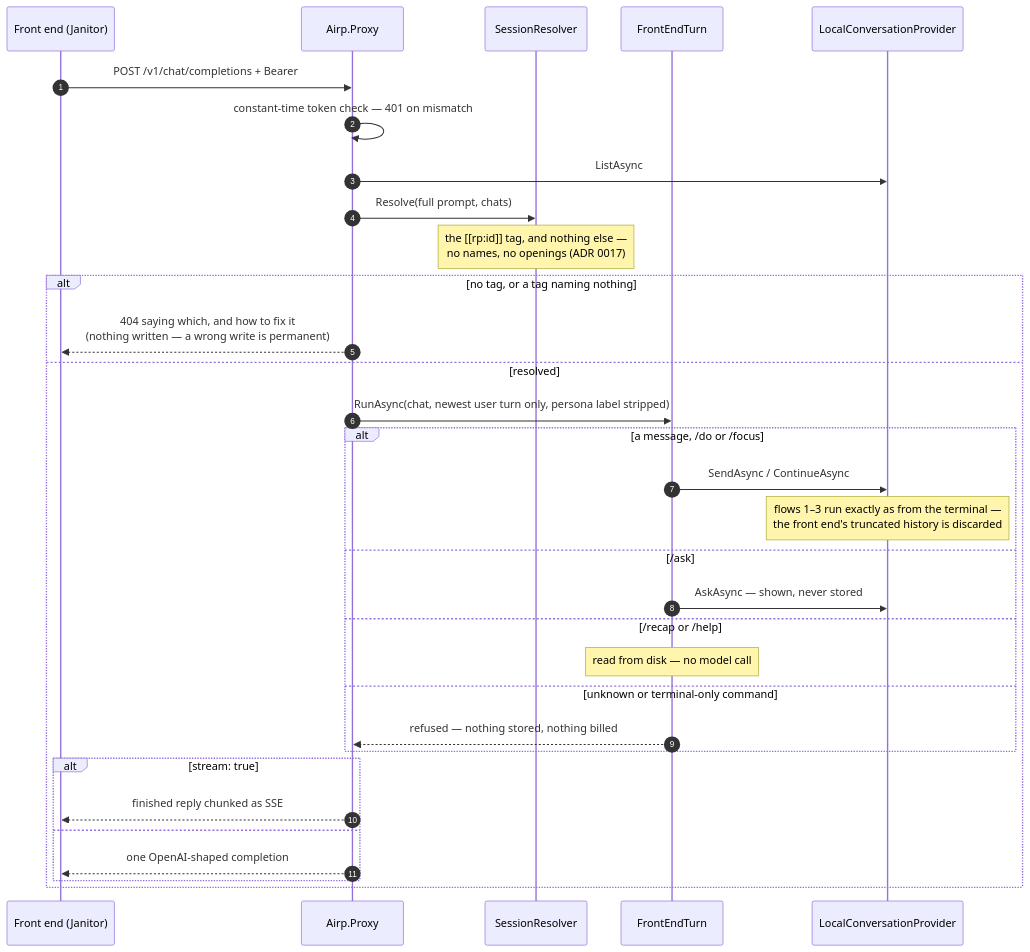
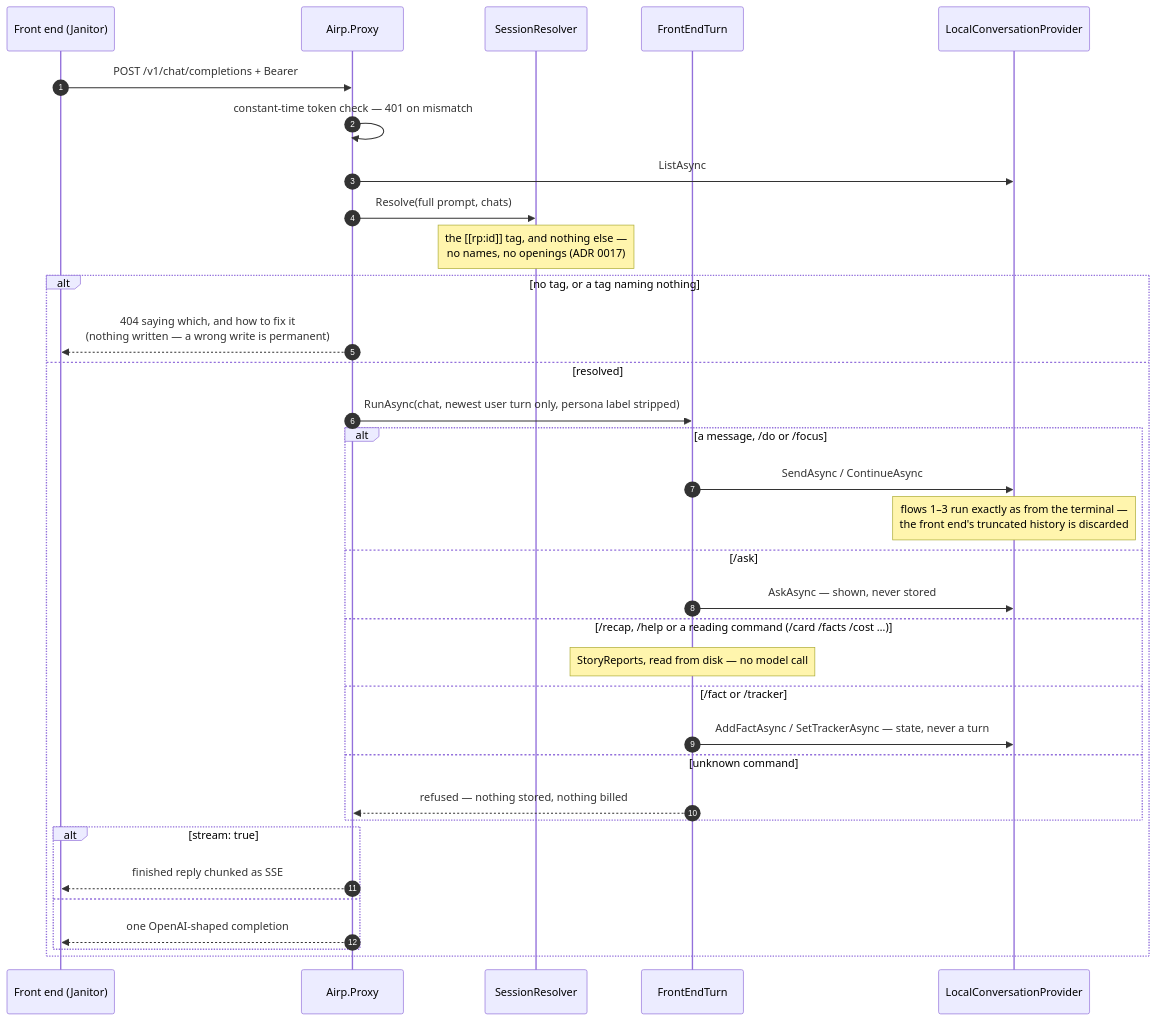
Before and after one commit to argamboad/custom-airp: the seventh of 10 diagrams in docs/FLOWS.md, drawn with Mermaid. The commit also changed other lines of this file and 4 other files, not shown here.

````diff
--- a/docs/FLOWS.md
+++ b/docs/FLOWS.md
@@ -227,35 +227,37 @@
 ```mermaid
 sequenceDiagram
     autonumber
     participant J as Front end (Janitor)
     participant PX as Airp.Proxy
     participant SR as SessionResolver
     participant FT as FrontEndTurn
     participant P as LocalConversationProvider
 
     J->>PX: POST /v1/chat/completions + Bearer
     PX->>PX: constant-time token check — 401 on mismatch
     PX->>P: ListAsync
     PX->>SR: Resolve(full prompt, chats)
     Note over SR: the [[rp:id]] tag, and nothing else —<br/>no names, no openings (ADR 0017)
     alt no tag, or a tag naming nothing
         PX-->>J: 404 saying which, and how to fix it<br/>(nothing written — a wrong write is permanent)
     else resolved
         PX->>FT: RunAsync(chat, newest user turn only, persona label stripped)
         alt a message, /do or /focus
             FT->>P: SendAsync / ContinueAsync
             Note over P: flows 1–3 run exactly as from the terminal —<br/>the front end's truncated history is discarded
         else /ask
             FT->>P: AskAsync — shown, never stored
-        else /recap or /help
-            Note over FT: read from disk — no model call
-        else unknown or terminal-only command
+        else /recap, /help or a reading command (/card /facts /cost …)
+            Note over FT: StoryReports, read from disk — no model call
+        else /fact or /tracker
+            FT->>P: AddFactAsync / SetTrackerAsync — state, never a turn
+        else unknown command
             FT-->>PX: refused — nothing stored, nothing billed
         end
         alt stream: true
             PX-->>J: finished reply chunked as SSE
         else
             PX-->>J: one OpenAI-shaped completion
         end
     end
 ```
````
